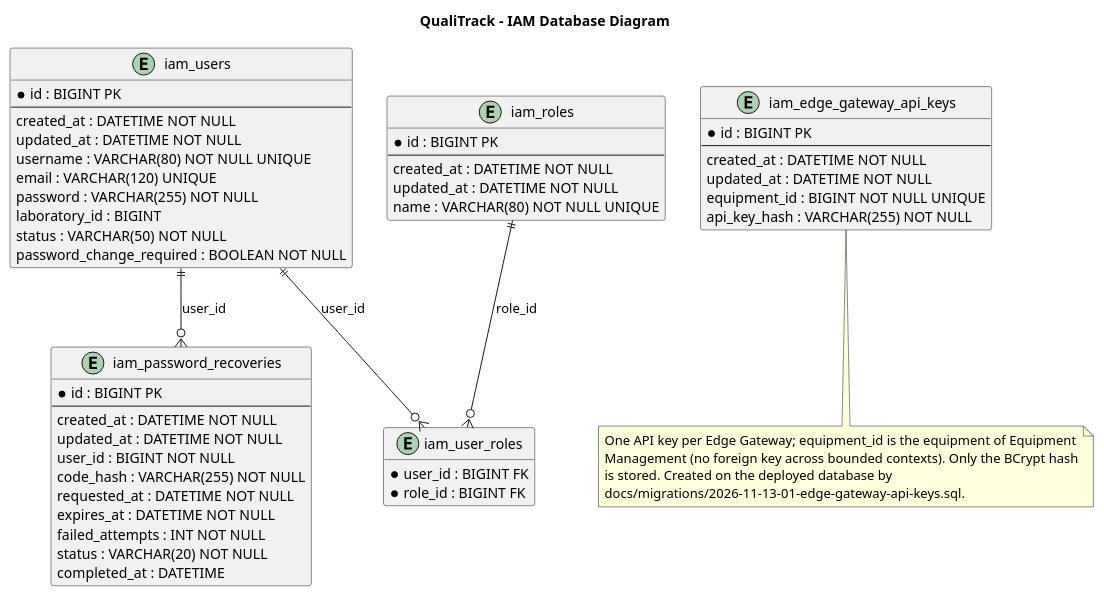
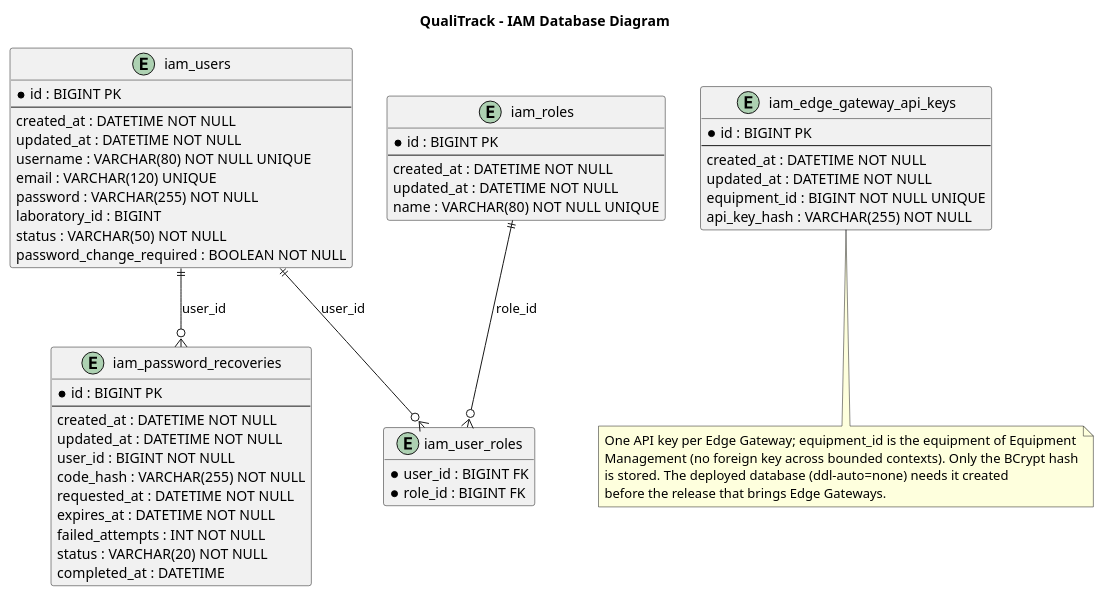
One commit to IoTech-2620-8741/qualitrack-platform changed the diagram in docs/diagrams/iam/iam-database-diagram.puml. Above: the diagram before and after it, drawn with PlantUML. The commit also changed 3 other files, not shown here.

```diff
--- a/docs/diagrams/iam/iam-database-diagram.puml
+++ b/docs/diagrams/iam/iam-database-diagram.puml
@@ -1,67 +1,67 @@
 @startuml iam-database-diagram
 
 title QualiTrack - IAM Database Diagram
 
 hide methods
 hide stereotypes
 
 entity "iam_users" {
   * id : BIGINT PK
   --
   created_at : DATETIME NOT NULL
   updated_at : DATETIME NOT NULL
   username : VARCHAR(80) NOT NULL UNIQUE
   email : VARCHAR(120) UNIQUE
   password : VARCHAR(255) NOT NULL
   laboratory_id : BIGINT
   status : VARCHAR(50) NOT NULL
   password_change_required : BOOLEAN NOT NULL
 }
 
 entity "iam_roles" {
   * id : BIGINT PK
   --
   created_at : DATETIME NOT NULL
   updated_at : DATETIME NOT NULL
   name : VARCHAR(80) NOT NULL UNIQUE
 }
 
 entity "iam_user_roles" {
   * user_id : BIGINT FK
   * role_id : BIGINT FK
 }
 
 entity "iam_password_recoveries" {
   * id : BIGINT PK
   --
   created_at : DATETIME NOT NULL
   updated_at : DATETIME NOT NULL
   user_id : BIGINT NOT NULL
   code_hash : VARCHAR(255) NOT NULL
   requested_at : DATETIME NOT NULL
   expires_at : DATETIME NOT NULL
   failed_attempts : INT NOT NULL
   status : VARCHAR(20) NOT NULL
   completed_at : DATETIME
 }
 
 iam_users ||--o{ iam_user_roles : user_id
 iam_users ||--o{ iam_password_recoveries : user_id
 iam_roles ||--o{ iam_user_roles : role_id
 
 entity "iam_edge_gateway_api_keys" {
   * id : BIGINT PK
   --
   created_at : DATETIME NOT NULL
   updated_at : DATETIME NOT NULL
   equipment_id : BIGINT NOT NULL UNIQUE
   api_key_hash : VARCHAR(255) NOT NULL
 }
 note bottom of iam_edge_gateway_api_keys
   One API key per Edge Gateway; equipment_id is the equipment of Equipment
   Management (no foreign key across bounded contexts). Only the BCrypt hash
-  is stored. Created on the deployed database by
-  docs/migrations/2026-11-13-01-edge-gateway-api-keys.sql.
+  is stored. The deployed database (ddl-auto=none) needs it created
+  before the release that brings Edge Gateways.
 end note
 
 @enduml
```
